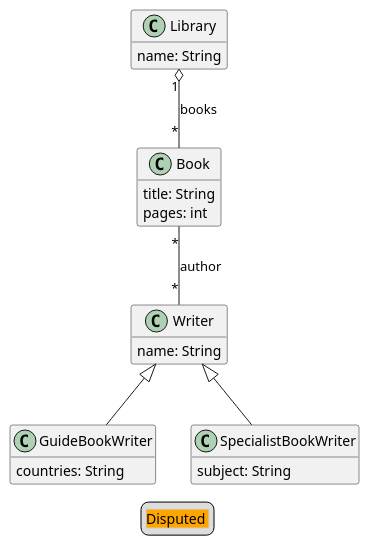
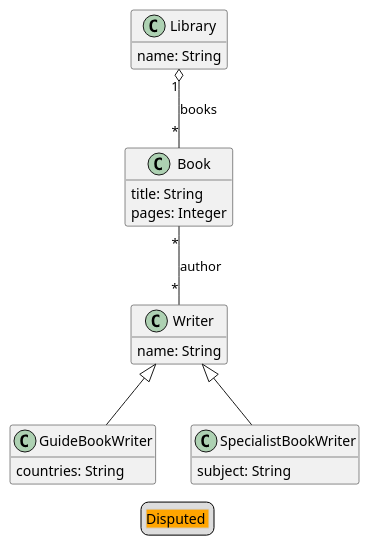
Before and after one commit to LionWeb-io/lionweb-typescript: the diagram in diagrams/library-gen.puml, drawn with PlantUML. The commit also changed 13 other files, not shown here.

```diff
--- a/diagrams/library-gen.puml
+++ b/diagrams/library-gen.puml
@@ -1,41 +1,41 @@
 @startuml
 hide empty members
 
 ' qualified name: "library"
 
 
 class Book {
   title: String
-  pages: int
+  pages: Integer
 }
 
 class GuideBookWriter extends Writer {
   countries: String
 }
 
 class Library {
   name: String
 }
 
 class SpecialistBookWriter extends Writer {
   subject: String
 }
 
 class Writer {
   name: String
 }
 
 
 
 ' relations:
 
 Book "*" -- "*" Writer: author
 
 Library "1" o-- "*" Book: books
 
 
 
 legend
   <#LightGray,#LightGray>| <#Orange>Disputed |
 end legend
 @enduml
```
